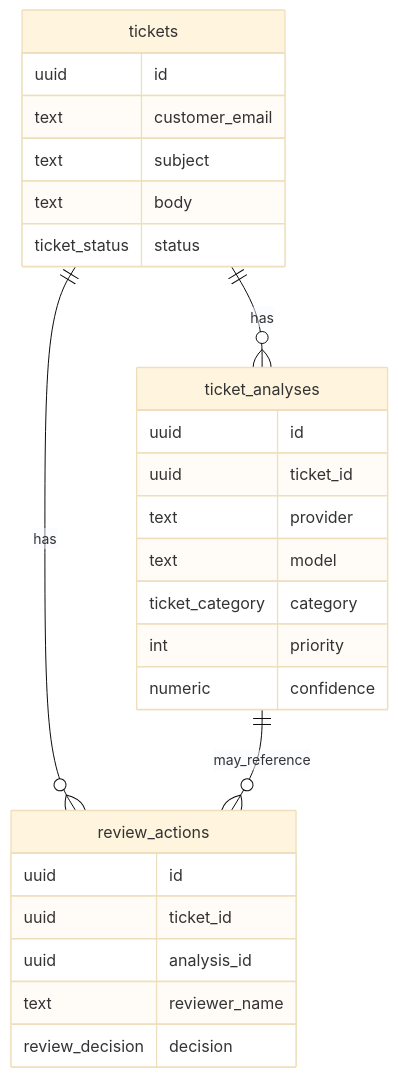
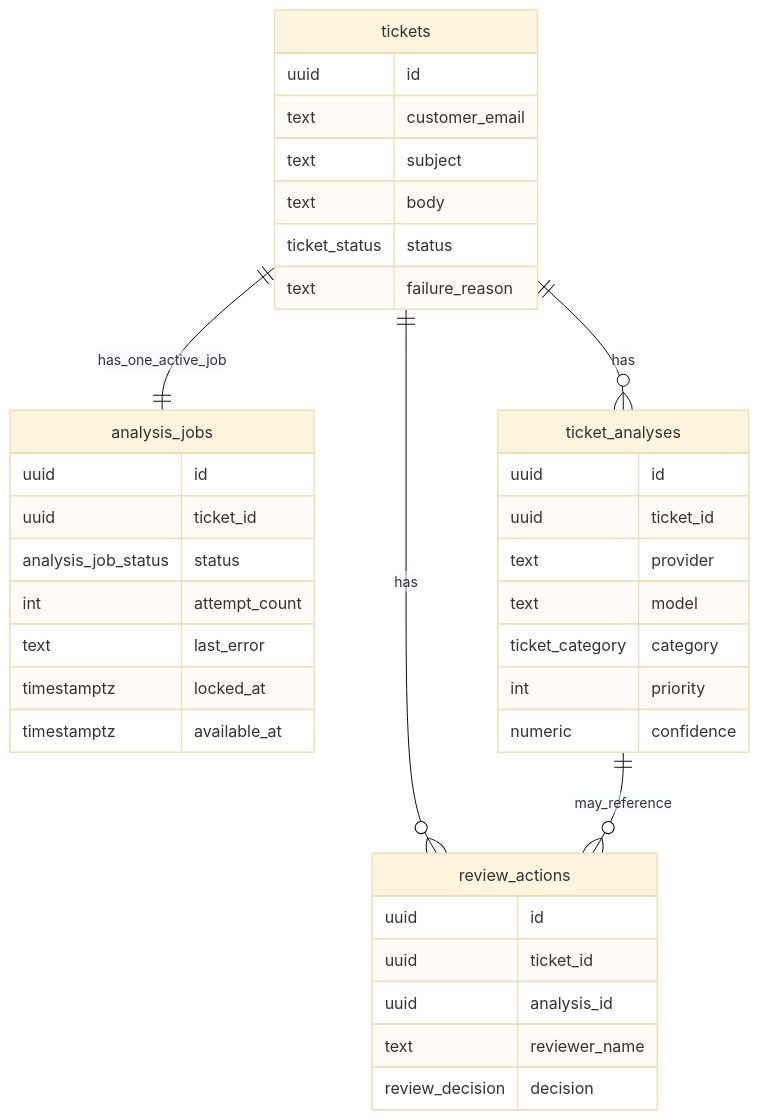
One commit to suryasdas/ai-workflow changed the fourth of 4 diagrams in README.md. Above: the diagram before and after it, drawn with Mermaid (base theme). The commit also changed other lines of this file, not shown here.

````diff
--- a/README.md
+++ b/README.md
@@ -216,32 +280,44 @@
 ```mermaid
 erDiagram
+    tickets ||--|| analysis_jobs : has_one_active_job
     tickets ||--o{ ticket_analyses : has
     tickets ||--o{ review_actions : has
     ticket_analyses ||--o{ review_actions : may_reference
 
     tickets {
       uuid id
       text customer_email
       text subject
       text body
       ticket_status status
+      text failure_reason
+    }
+
+    analysis_jobs {
+      uuid id
+      uuid ticket_id
+      analysis_job_status status
+      int attempt_count
+      text last_error
+      timestamptz locked_at
+      timestamptz available_at
     }
 
     ticket_analyses {
       uuid id
       uuid ticket_id
       text provider
       text model
       ticket_category category
       int priority
       numeric confidence
     }
 
     review_actions {
       uuid id
       uuid ticket_id
       uuid analysis_id
       text reviewer_name
       review_decision decision
     }
 ```
````
